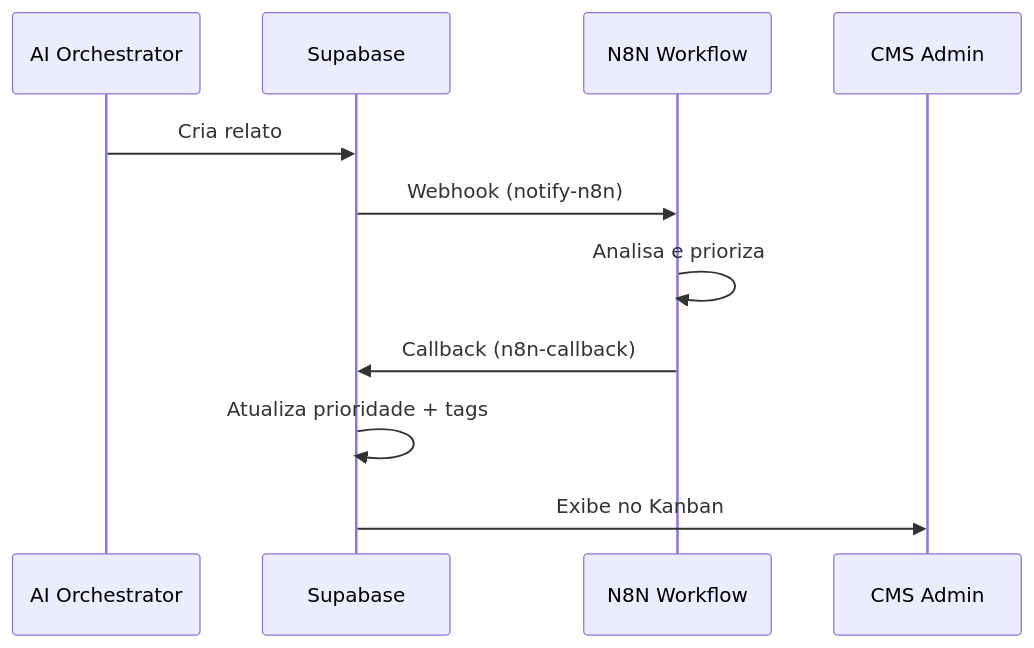
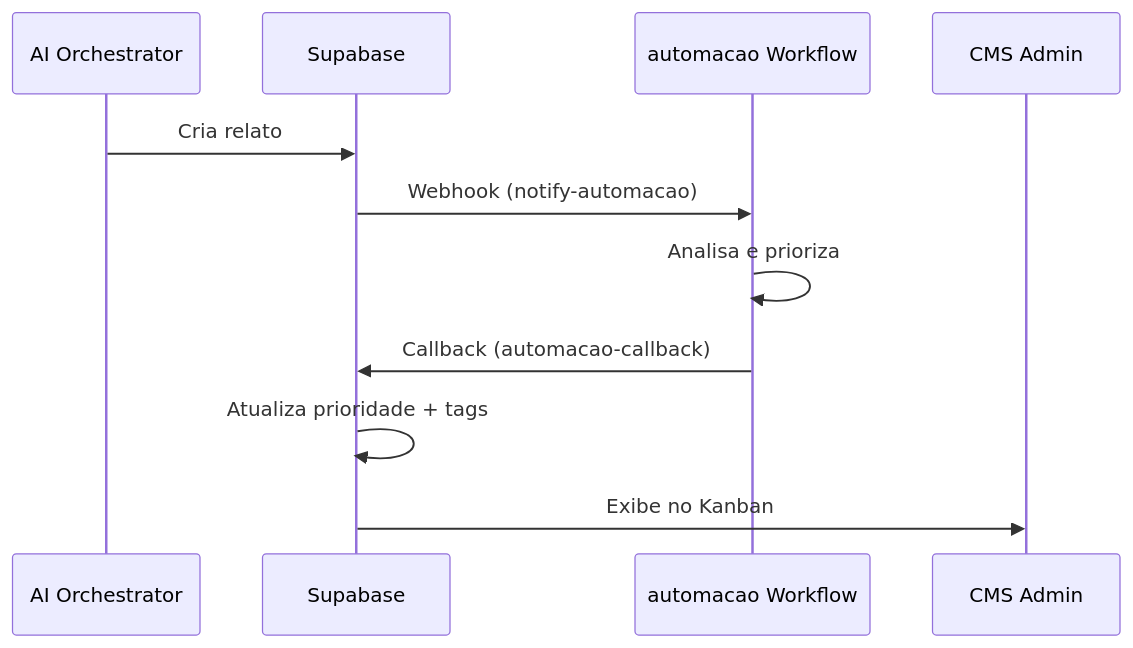
Before and after one commit to MTechnologia/camana-na-mao: the fifth of 21 diagrams in docs/AI_ORCHESTRATOR_SPECIFICATION.md, drawn with Mermaid. The commit also changed other lines of this file and 77 other files, not shown here.

````diff
--- a/docs/AI_ORCHESTRATOR_SPECIFICATION.md
+++ b/docs/AI_ORCHESTRATOR_SPECIFICATION.md
@@ -2006,14 +2006,14 @@
 ```mermaid
 sequenceDiagram
     participant AI as AI Orchestrator
     participant DB as Supabase
-    participant N8N as N8N Workflow
+    participant automacao as automacao Workflow
     participant Admin as CMS Admin
 
     AI->>DB: Cria relato
-    DB->>N8N: Webhook (notify-n8n)
-    N8N->>N8N: Analisa e prioriza
-    N8N->>DB: Callback (n8n-callback)
+    DB->>automacao: Webhook (notify-automacao)
+    automacao->>automacao: Analisa e prioriza
+    automacao->>DB: Callback (automacao-callback)
     DB->>DB: Atualiza prioridade + tags
     DB->>Admin: Exibe no Kanban
 ```
````
